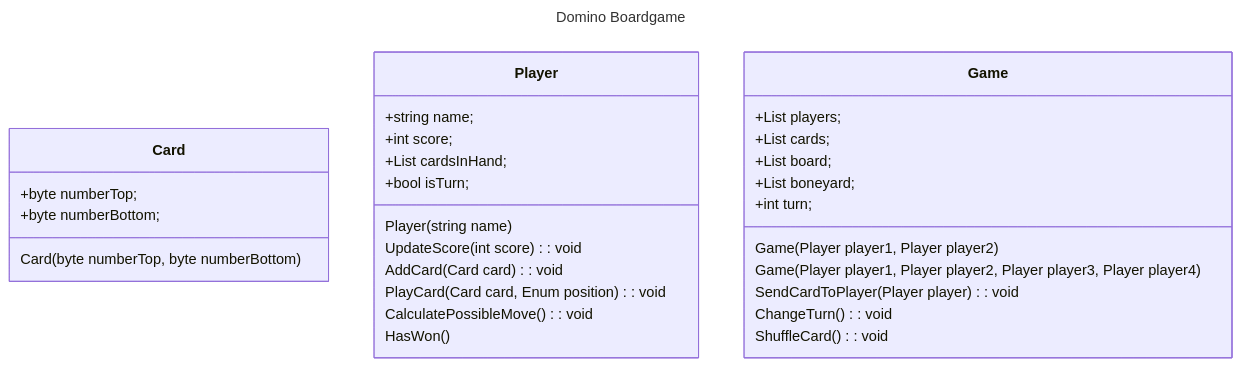
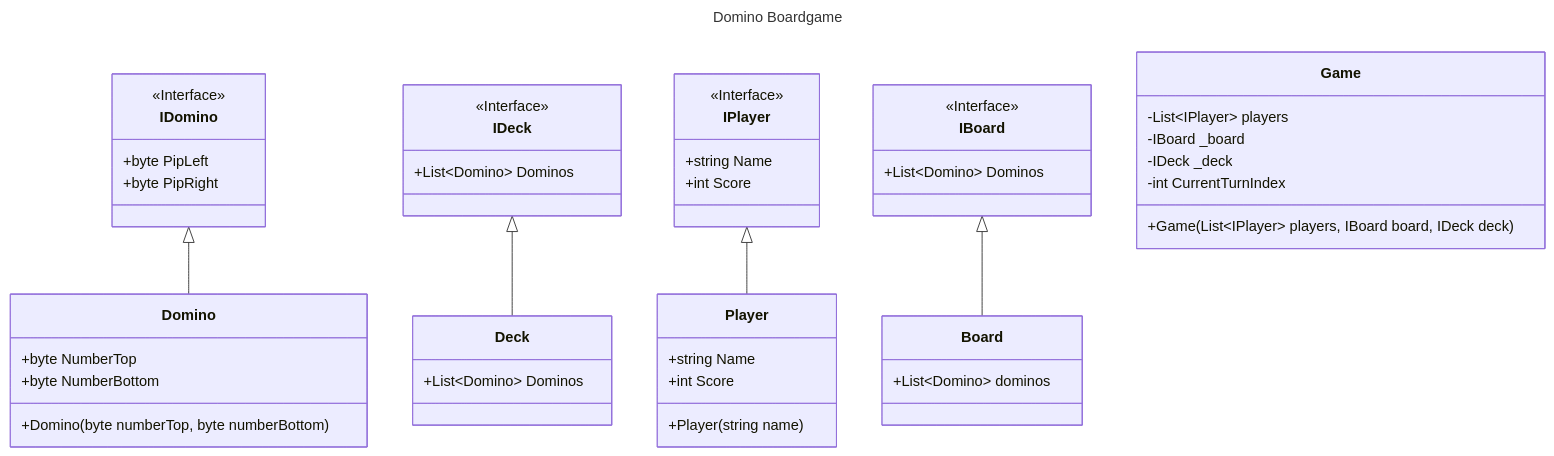
The diagram in domino.mmd (kristoferpamung/bootcamp), drawn with Mermaid before and after one commit.

Commit message:
Create Domino Interfaces

```diff
--- a/domino.mmd
+++ b/domino.mmd
@@ -1,36 +1,55 @@
 ---
 title: Domino Boardgame
 ---
 
 classDiagram
-    class Card {
-        +byte numberTop;
-        +byte numberBottom;
-        Card(byte numberTop, byte numberBottom)
+    IDomino <|-- Domino
+    IDeck <|-- Deck
+    IPlayer <|-- Player
+    IBoard <|-- Board
+
+    class IDomino {
+        <<Interface>>
+        +byte PipLeft
+        +byte PipRight
+    }
+    class Domino {
+        +byte NumberTop
+        +byte NumberBottom
+        +Domino(byte numberTop, byte numberBottom)
+    }
+
+    class IDeck {
+        <<Interface>>
+        +List~Domino~ Dominos
+    }
+    class Deck {
+        +List~Domino~ Dominos
+    }
+    class IPlayer {
+        <<Interface>>
+        +string Name
+        +int Score
     }
 
     class Player {
-        +string name;
-        +int score;
-        +List<Card> cardsInHand;
-        +bool isTurn;
-        Player(string name)
-        UpdateScore(int score) : void
-        AddCard(Card card) : void
-        PlayCard(Card card, Enum position) : void
-        CalculatePossibleMove(): void
-        HasWon()
+        +string Name
+        +int Score
+        +Player(string name)
+    }
+
+    class IBoard {
+        <<Interface>>
+        +List~Domino~ Dominos
+    }
+    class Board {
+        +List~Domino~ dominos
     }
 
     class Game {
-        +List<Player> players;
-        +List<Card> cards;
-        +List<Card> board;
-        +List<Card> boneyard;
-        +int turn;
-        Game(Player player1, Player player2)
-        Game(Player player1, Player player2, Player player3, Player player4)
-        SendCardToPlayer(Player player) : void
-        ChangeTurn() : void
-        ShuffleCard() : void
+        -List~IPlayer~ players
+        -IBoard _board
+        -IDeck _deck
+        -int CurrentTurnIndex
+        +Game(List~IPlayer~ players, IBoard board, IDeck deck)
     }
```
